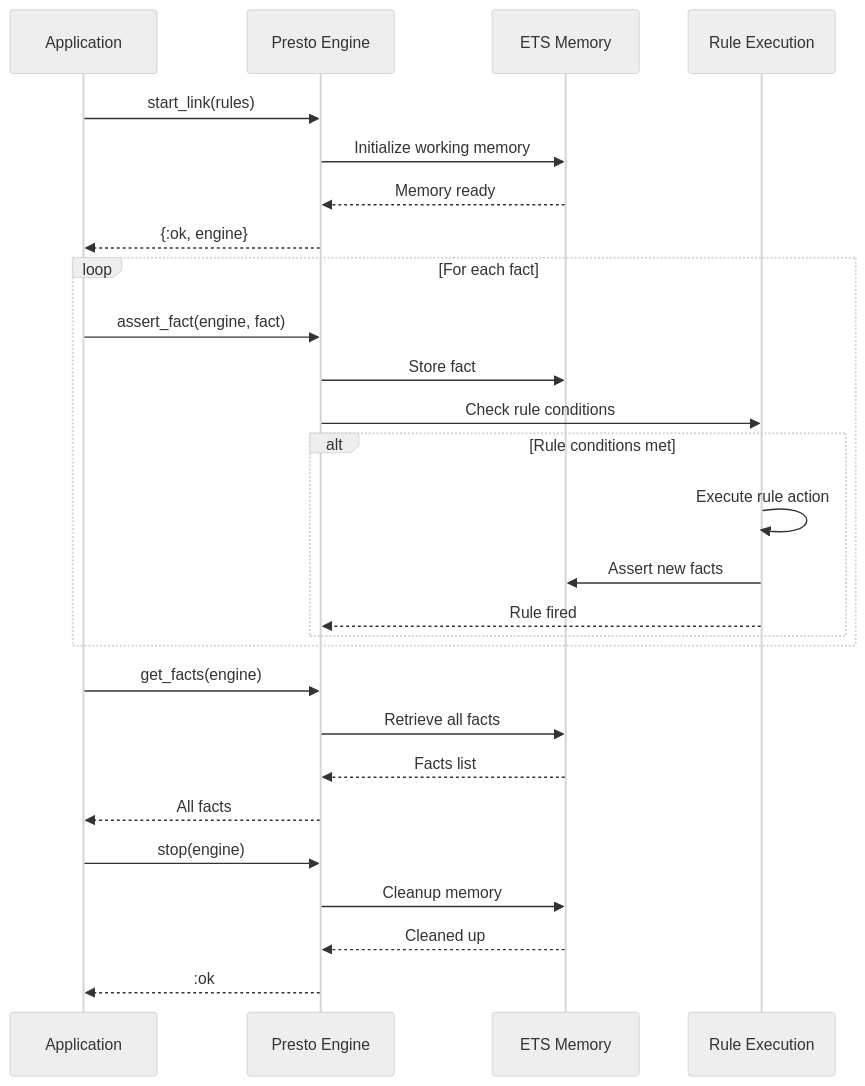
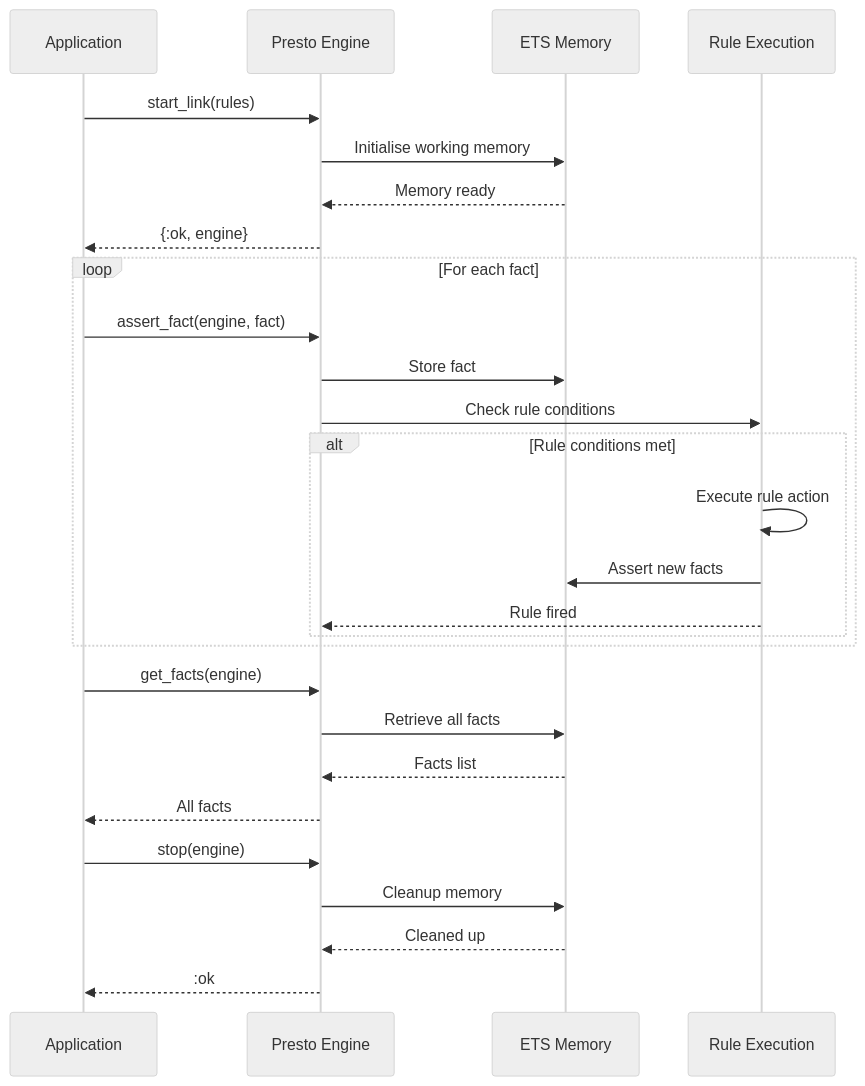
The fifth of 6 diagrams in README.md (hl/presto), drawn with Mermaid (neutral theme) before and after one commit. The commit also changed other lines of this file and 15 other files, not shown here.

````diff
--- a/README.md
+++ b/README.md
@@ -471,33 +471,33 @@
 ```mermaid
 sequenceDiagram
     participant App as Application
     participant Presto as Presto Engine
     participant ETS as ETS Memory
     participant Rules as Rule Execution
     
     App->>Presto: start_link(rules)
-    Presto->>ETS: Initialize working memory
+    Presto->>ETS: Initialise working memory
     ETS-->>Presto: Memory ready
     Presto-->>App: {:ok, engine}
     
     loop For each fact
         App->>Presto: assert_fact(engine, fact)
         Presto->>ETS: Store fact
         Presto->>Rules: Check rule conditions
         alt Rule conditions met
             Rules->>Rules: Execute rule action
             Rules->>ETS: Assert new facts
             Rules-->>Presto: Rule fired
         end
     end
     
     App->>Presto: get_facts(engine)
     Presto->>ETS: Retrieve all facts
     ETS-->>Presto: Facts list
     Presto-->>App: All facts
     
     App->>Presto: stop(engine)
     Presto->>ETS: Cleanup memory
     ETS-->>Presto: Cleaned up
     Presto-->>App: :ok
 ```
````
